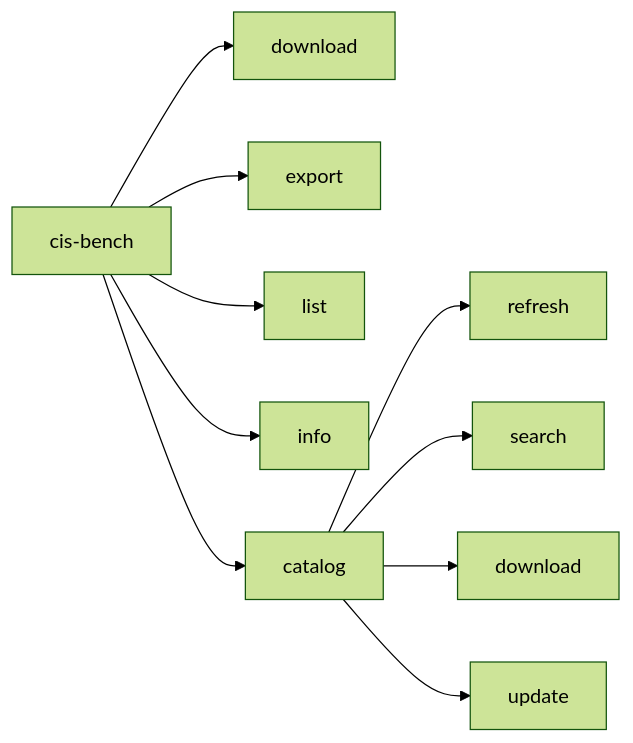
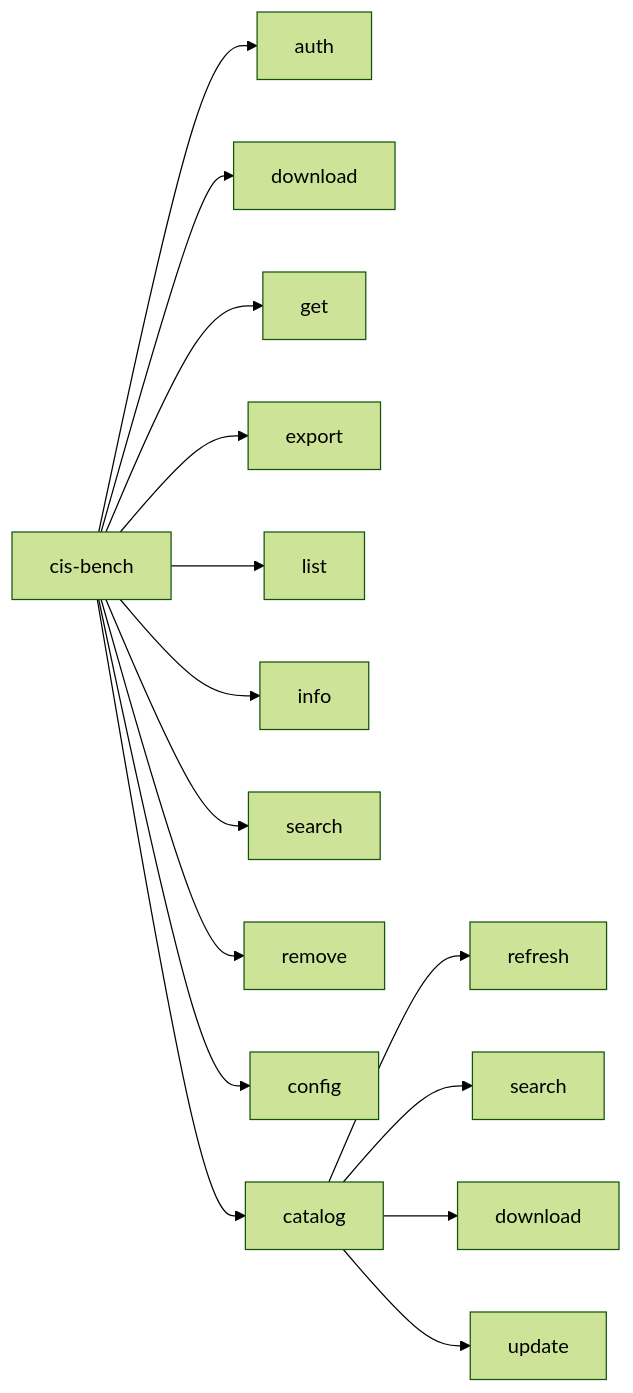
The second of 13 diagrams in docs/developer-guide/architecture.md (mitre/cis-bench), drawn with Mermaid (forest theme) before and after one commit. The commit also changed other lines of this file and 26 other files, not shown here.

````diff
--- a/docs/developer-guide/architecture.md
+++ b/docs/developer-guide/architecture.md
@@ -49,13 +49,18 @@
 ```mermaid
 graph LR
-A[cis-bench] --> B[download]
+A[cis-bench] --> G[auth]
+A --> B[download]
+A --> H[get]
 A --> C[export]
 A --> D[list]
 A --> E[info]
+A --> I[search]
+A --> J[remove]
+A --> K[config]
 A --> F[catalog]
 
 F --> F1[refresh]
 F --> F2[search]
 F --> F3[download]
 F --> F4[update]
 ```
````
